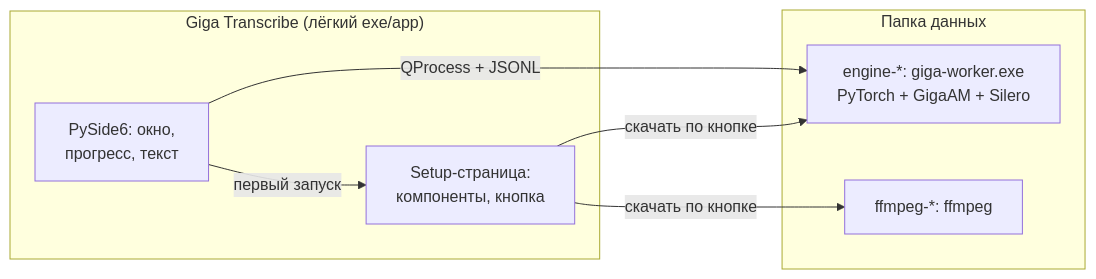
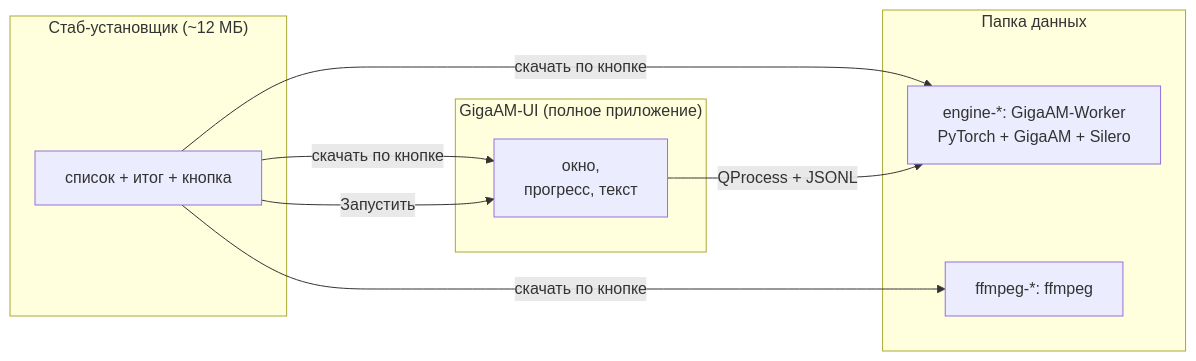
Before and after one commit to kwexz/GigaAM-UI: the first of 4 diagrams in README.ru.md, drawn with Mermaid. The commit also changed other lines of this file and 9 other files, not shown here.

Commit message:
Rename binaries to GigaAM-UI/Worker, launch-target tests, docs sync EN notes

````diff
--- a/README.ru.md
+++ b/README.ru.md
@@ -29,15 +30,18 @@
 ```mermaid
 flowchart LR
-    subgraph app["Giga Transcribe (лёгкий exe/app)"]
-        UI[PySide6: окно,\nпрогресс, текст]
-        SETUP[Setup-страница:\nкомпоненты, кнопка]
+    subgraph stub["Стаб-установщик (~12 МБ)"]
+        S[список + итог + кнопка]
+    end
+    subgraph app["GigaAM-UI (полное приложение)"]
+        UI[окно,\nпрогресс, текст]
     end
     subgraph data["Папка данных"]
-        ENG[engine-*: giga-worker.exe\nPyTorch + GigaAM + Silero]
+        ENG[engine-*: GigaAM-Worker\nPyTorch + GigaAM + Silero]
         FF[ffmpeg-*: ffmpeg]
     end
-    UI -- "первый запуск" --> SETUP
-    SETUP -- "скачать по кнопке" --> ENG
-    SETUP -- "скачать по кнопке" --> FF
+    S -- "скачать по кнопке" --> UI
+    S -- "скачать по кнопке" --> ENG
+    S -- "скачать по кнопке" --> FF
+    S -- "Запустить" --> UI
     UI -- "QProcess + JSONL" --> ENG
 ```
````
